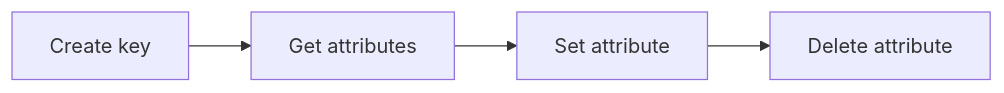
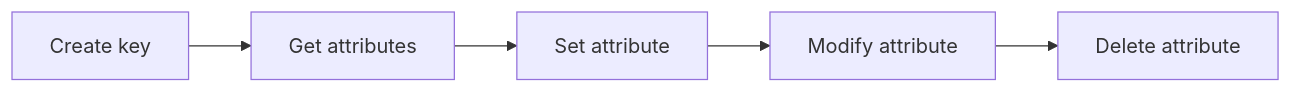
One commit to Cosmian/kms changed diagram 24 of 26 in ui/tests/e2e/README.md. Above: the diagram before and after it, drawn with Mermaid. The commit also changed other lines of this file and 47 other files, not shown here.

````diff
--- a/ui/tests/e2e/README.md
+++ b/ui/tests/e2e/README.md
@@ -212,6 +310,7 @@
 ```mermaid
 graph LR
     A[Create key] --> B[Get attributes]
     B --> C[Set attribute]
-    C --> D[Delete attribute]
+    C --> D[Modify attribute]
+    D --> E[Delete attribute]
 ```
````
